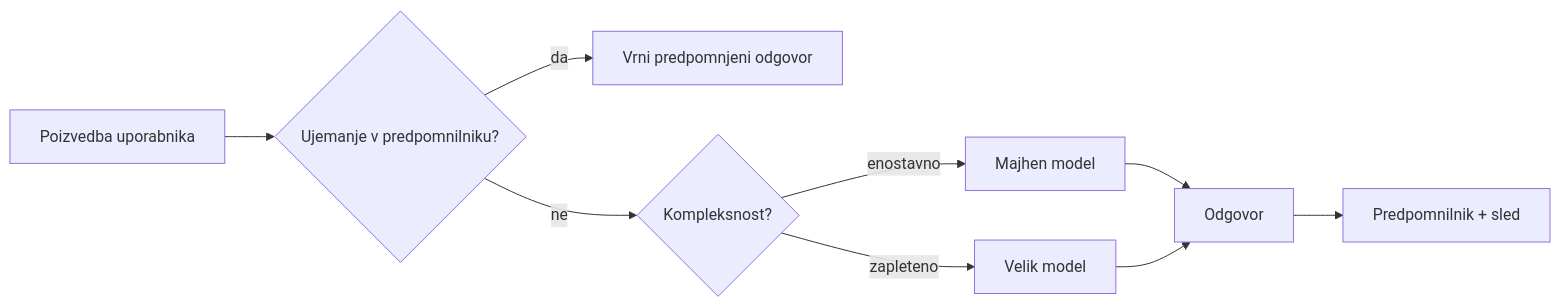
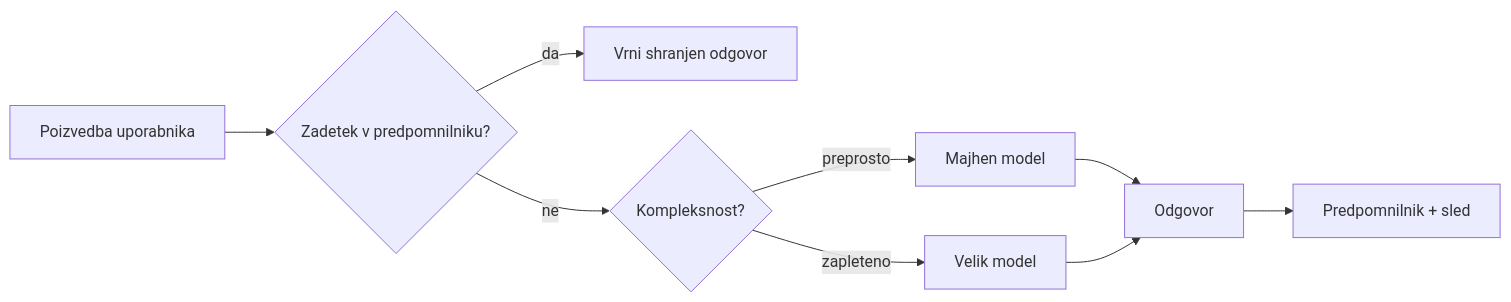
Before and after one commit to microsoft/ai-agents-for-beginners: the third of 4 diagrams in translations/sl/16-deploying-scalable-agents/README.md, drawn with Mermaid. The commit also changed other lines of this file and 47 other files, not shown here.

````diff
--- a/translations/sl/16-deploying-scalable-agents/README.md
+++ b/translations/sl/16-deploying-scalable-agents/README.md
@@ -134,11 +134,11 @@
 ```mermaid
 flowchart LR
-    Q[Poizvedba uporabnika] --> C{Ujemanje v predpomnilniku?}
-    C -->|da| R[Vrni predpomnjeni odgovor]
+    Q[Poizvedba uporabnika] --> C{Zadetek v predpomnilniku?}
+    C -->|da| R[Vrni shranjen odgovor]
     C -->|ne| Router{Kompleksnost?}
-    Router -->|enostavno| SLM[Majhen model]
+    Router -->|preprosto| SLM[Majhen model]
     Router -->|zapleteno| LLM[Velik model]
     SLM --> Out[Odgovor]
     LLM --> Out
     Out --> Store[Predpomnilnik + sled]
 ```
````
